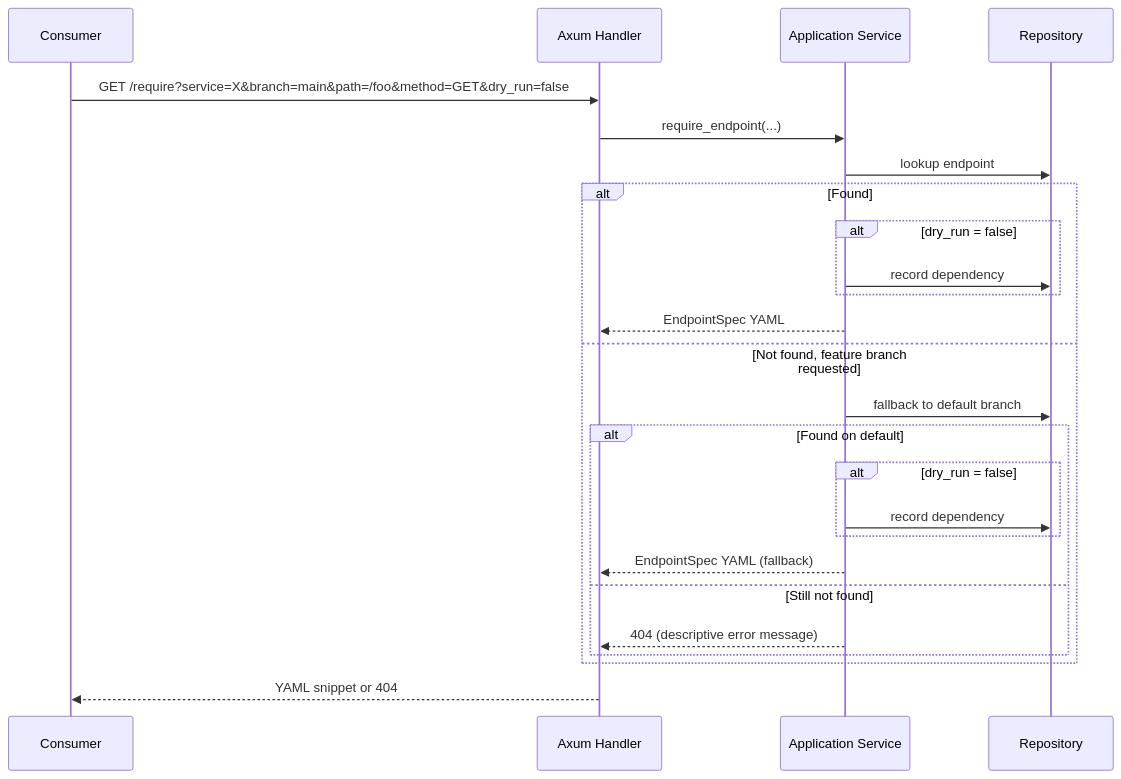
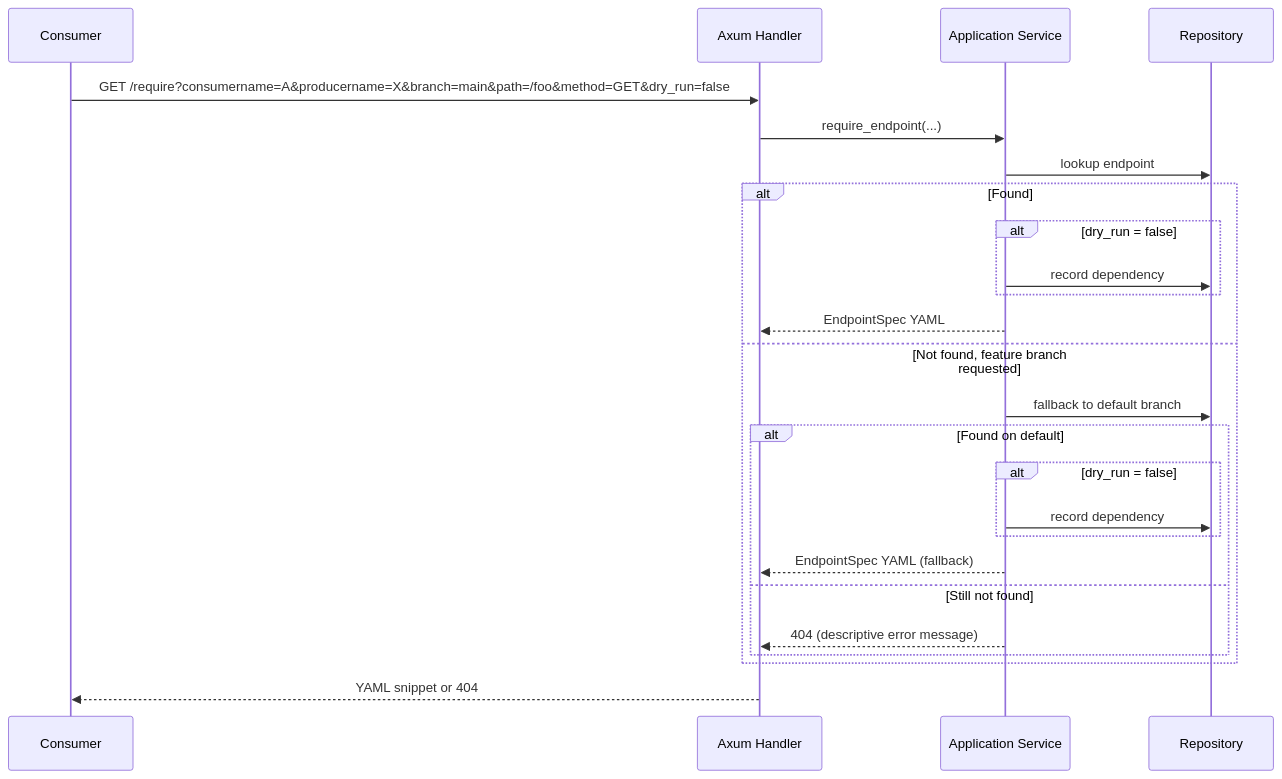
Before and after one commit to paxel/sanshain-service: the third of 7 diagrams in docs/developer-guide.md, drawn with Mermaid. The commit also changed other lines of this file and 10 other files, not shown here.

````diff
--- a/docs/developer-guide.md
+++ b/docs/developer-guide.md
@@ -122,28 +122,28 @@
 ```mermaid
 sequenceDiagram
     participant Consumer
     participant Handler as Axum Handler
     participant Service as Application Service
     participant Repo as Repository
 
-    Consumer->>Handler: GET /require?service=X&branch=main&path=/foo&method=GET&dry_run=false
+    Consumer->>Handler: GET /require?consumername=A&producername=X&branch=main&path=/foo&method=GET&dry_run=false
     Handler->>Service: require_endpoint(...)
     Service->>Repo: lookup endpoint
     alt Found
         alt dry_run = false
             Service->>Repo: record dependency
         end
         Service-->>Handler: EndpointSpec YAML
     else Not found, feature branch requested
         Service->>Repo: fallback to default branch
         alt Found on default
             alt dry_run = false
                 Service->>Repo: record dependency
             end
             Service-->>Handler: EndpointSpec YAML (fallback)
         else Still not found
             Service-->>Handler: 404 (descriptive error message)
         end
     end
     Handler-->>Consumer: YAML snippet or 404
 ```
````
